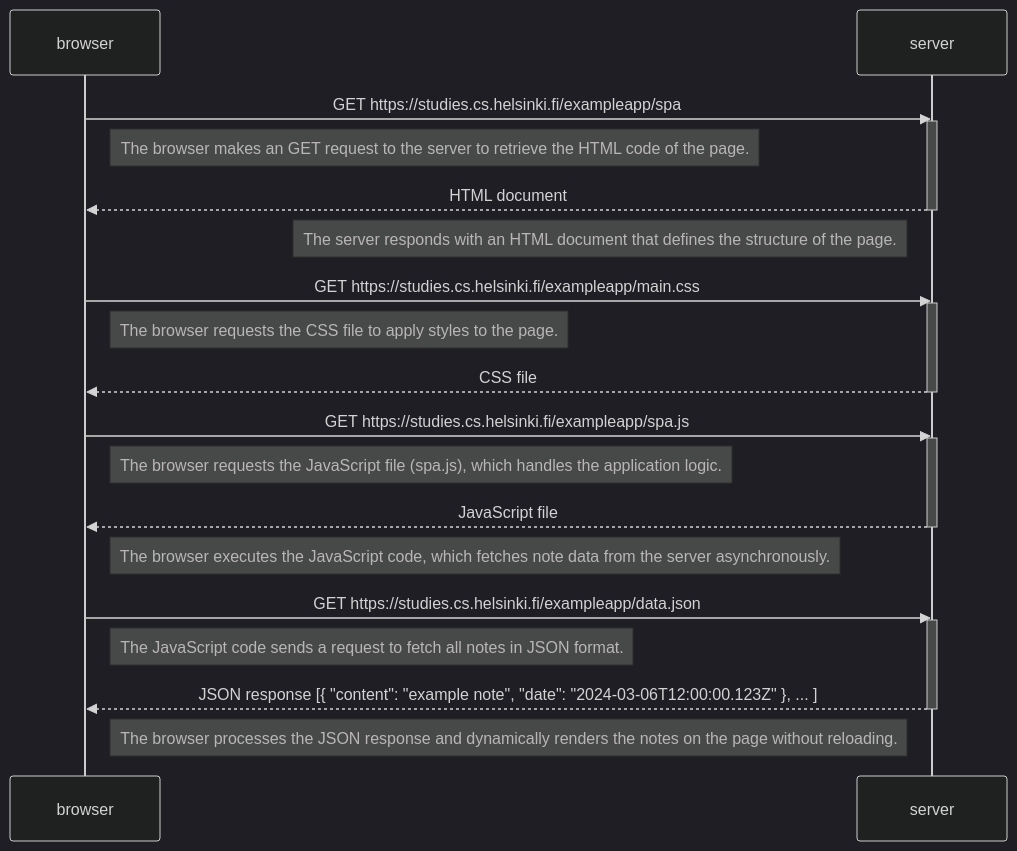
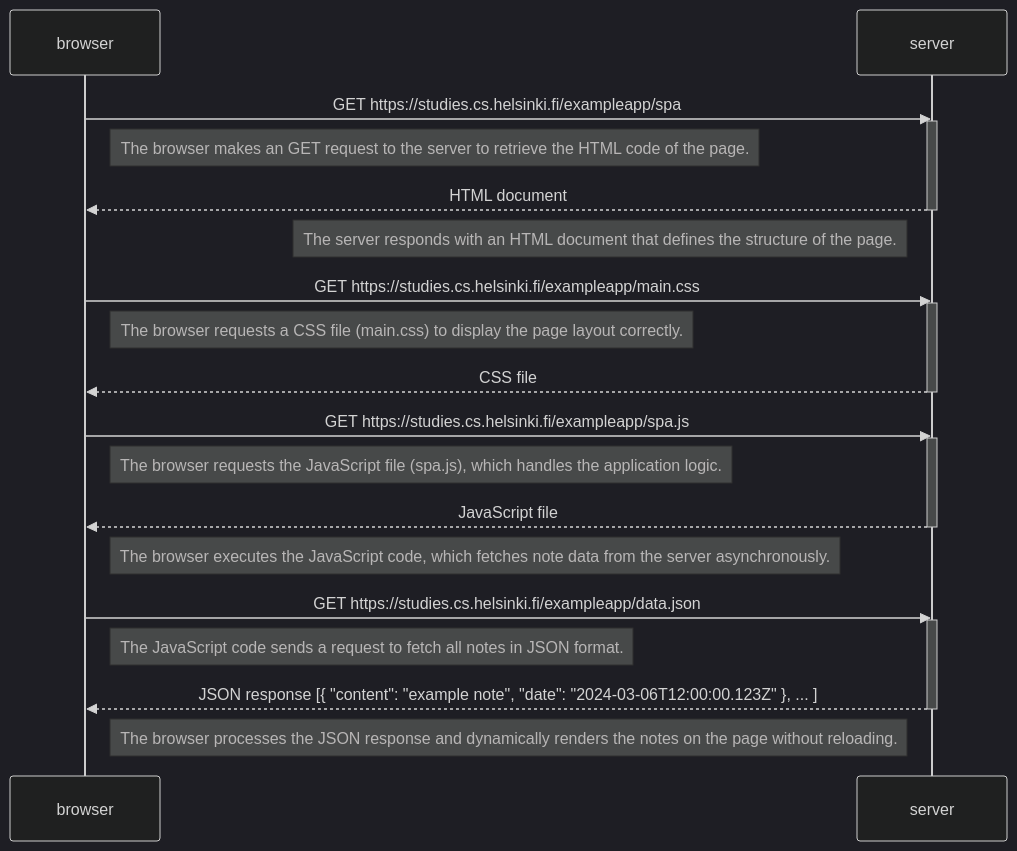
One commit to Maahantuoja/mooc_fullstackopen_palautusrepositorio changed the second of 2 diagrams in osa0/README.md. Above: the diagram before and after it, drawn with Mermaid (dark theme).

````diff
--- a/osa0/README.md
+++ b/osa0/README.md
@@ -58,43 +58,43 @@
 ```mermaid
 sequenceDiagram
     participant browser
     participant server
 
     browser->>server: GET https://studies.cs.helsinki.fi/exampleapp/spa
     activate server
 
     Note right of browser: The browser makes an GET request to the server to retrieve the HTML code of the page.
 
     server-->>browser: HTML document
     deactivate server
 
     Note left of server: The server responds with an HTML document that defines the structure of the page.
 
     browser->>server: GET https://studies.cs.helsinki.fi/exampleapp/main.css
     activate server
 
-    Note right of browser: The browser requests the CSS file to apply styles to the page.
+    Note right of browser: The browser requests a CSS file (main.css) to display the page layout correctly.
 
     server-->>browser: CSS file
     deactivate server
     
     browser->>server: GET https://studies.cs.helsinki.fi/exampleapp/spa.js
     activate server
 
     Note right of browser: The browser requests the JavaScript file (spa.js), which handles the application logic.
 
     server-->>browser: JavaScript file
     deactivate server
 
     Note right of browser: The browser executes the JavaScript code, which fetches note data from the server asynchronously.
 
     browser->>server: GET https://studies.cs.helsinki.fi/exampleapp/data.json
     activate server
 
     Note right of browser: The JavaScript code sends a request to fetch all notes in JSON format.
 
     server-->>browser: JSON response [{ "content": "example note", "date": "2024-03-06T12:00:00.123Z" }, ... ]
     deactivate server    
 
     Note right of browser: The browser processes the JSON response and dynamically renders the notes on the page without reloading.
 ```
````
